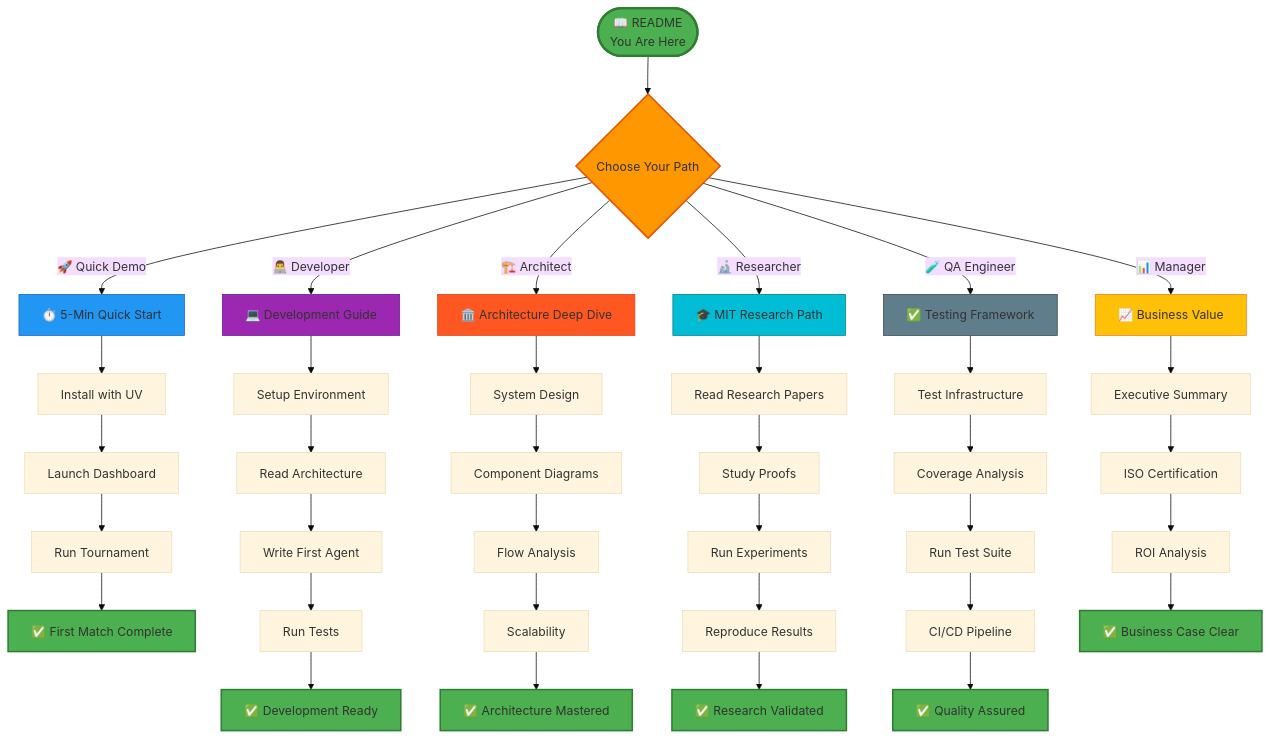
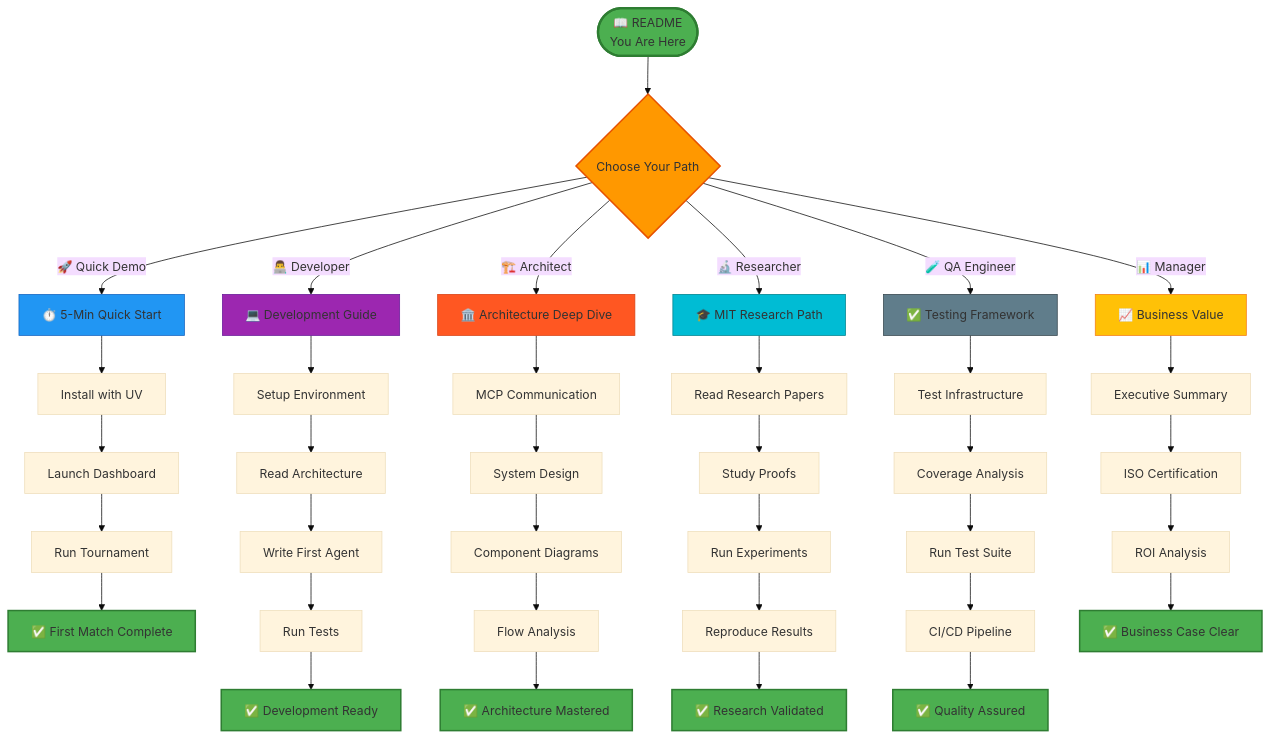
Before and after one commit to fouada/Assignment7_mcp-multi-agent-game: the first of 15 diagrams in README.md, drawn with Mermaid (base theme). The commit also changed other lines of this file and 1 other file, not shown here.

````diff
--- a/README.md
+++ b/README.md
@@ -56,60 +57,60 @@
 ```mermaid
 graph TB
     START([📖 README<br/>You Are Here]) --> ROLE{Choose Your Path}
     
     ROLE -->|🚀 Quick Demo| QUICK[⏱️ 5-Min Quick Start]
     ROLE -->|👨‍💻 Developer| DEV[💻 Development Guide]
     ROLE -->|🏗️ Architect| ARCH[🏛️ Architecture Deep Dive]
     ROLE -->|🔬 Researcher| RES[🎓 MIT Research Path]
     ROLE -->|🧪 QA Engineer| QA[✅ Testing Framework]
     ROLE -->|📊 Manager| MGR[📈 Business Value]
     
     QUICK --> Q1[Install with UV]
     Q1 --> Q2[Launch Dashboard]
     Q2 --> Q3[Run Tournament]
     Q3 --> SUCCESS1[✅ First Match Complete]
     
     DEV --> D1[Setup Environment]
     D1 --> D2[Read Architecture]
     D2 --> D3[Write First Agent]
     D3 --> D4[Run Tests]
     D4 --> SUCCESS2[✅ Development Ready]
     
-    ARCH --> A1[System Design]
-    A1 --> A2[Component Diagrams]
-    A2 --> A3[Flow Analysis]
-    A3 --> A4[Scalability]
+    ARCH --> A1[MCP Communication]
+    A1 --> A2[System Design]
+    A2 --> A3[Component Diagrams]
+    A3 --> A4[Flow Analysis]
     A4 --> SUCCESS3[✅ Architecture Mastered]
     
     RES --> R1[Read Research Papers]
     R1 --> R2[Study Proofs]
     R2 --> R3[Run Experiments]
     R3 --> R4[Reproduce Results]
     R4 --> SUCCESS4[✅ Research Validated]
     
     QA --> T1[Test Infrastructure]
     T1 --> T2[Coverage Analysis]
     T2 --> T3[Run Test Suite]
     T3 --> T4[CI/CD Pipeline]
     T4 --> SUCCESS5[✅ Quality Assured]
     
     MGR --> M1[Executive Summary]
     M1 --> M2[ISO Certification]
     M2 --> M3[ROI Analysis]
     M3 --> SUCCESS6[✅ Business Case Clear]
     
     style START fill:#4CAF50,stroke:#2E7D32,stroke-width:3px
     style ROLE fill:#FF9800,stroke:#E65100,stroke-width:2px
     style QUICK fill:#2196F3,stroke:#1565C0
     style DEV fill:#9C27B0,stroke:#6A1B9A
     style ARCH fill:#FF5722,stroke:#D84315
     style RES fill:#00BCD4,stroke:#00838F
     style QA fill:#607D8B,stroke:#37474F
     style MGR fill:#FFC107,stroke:#F57F17
     style SUCCESS1 fill:#4CAF50,stroke:#2E7D32,stroke-width:2px
     style SUCCESS2 fill:#4CAF50,stroke:#2E7D32,stroke-width:2px
     style SUCCESS3 fill:#4CAF50,stroke:#2E7D32,stroke-width:2px
     style SUCCESS4 fill:#4CAF50,stroke:#2E7D32,stroke-width:2px
     style SUCCESS5 fill:#4CAF50,stroke:#2E7D32,stroke-width:2px
     style SUCCESS6 fill:#4CAF50,stroke:#2E7D32,stroke-width:2px
 ```
````
